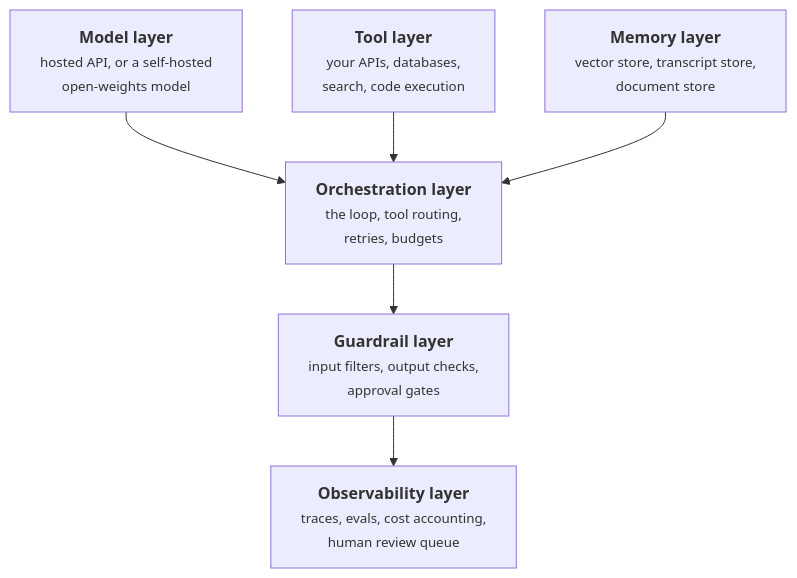
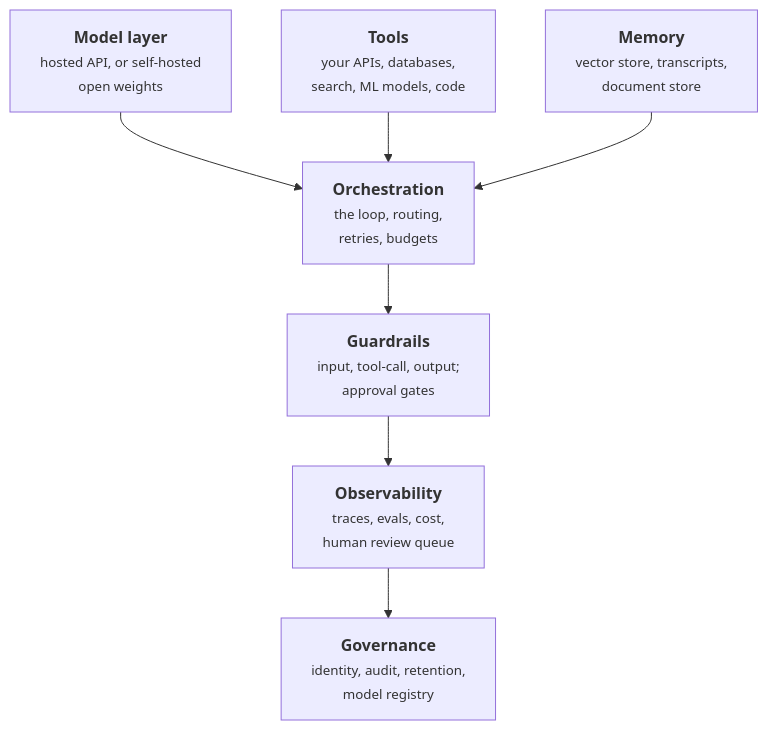
The diagram in figs/hendri-stack.mmd (situkangsayur/dnd-ai-products-services-pro-course-slides), drawn with Mermaid before and after one commit. The commit also changed 95 other files, not shown here.

```diff
--- a/figs/hendri-stack.mmd
+++ b/figs/hendri-stack.mmd
@@ -1,12 +1,13 @@
 
 flowchart TB
-  MOD["<b>Model layer</b><br/><small>hosted API, or a self-hosted<br/>open-weights model</small>"]
-  ORCH["<b>Orchestration layer</b><br/><small>the loop, tool routing,<br/>retries, budgets</small>"]
-  TOOLS["<b>Tool layer</b><br/><small>your APIs, databases,<br/>search, code execution</small>"]
-  MEM["<b>Memory layer</b><br/><small>vector store, transcript store,<br/>document store</small>"]
-  OBS["<b>Observability layer</b><br/><small>traces, evals, cost accounting,<br/>human review queue</small>"]
-  GUARD["<b>Guardrail layer</b><br/><small>input filters, output checks,<br/>approval gates</small>"]
+  MOD["<b>Model layer</b><br/><small>hosted API, or self-hosted<br/>open weights</small>"]
+  ORCH["<b>Orchestration</b><br/><small>the loop, routing,<br/>retries, budgets</small>"]
+  TOOLS["<b>Tools</b><br/><small>your APIs, databases,<br/>search, ML models, code</small>"]
+  MEM["<b>Memory</b><br/><small>vector store, transcripts,<br/>document store</small>"]
+  GUARD["<b>Guardrails</b><br/><small>input, tool-call, output;<br/>approval gates</small>"]
+  OBS["<b>Observability</b><br/><small>traces, evals, cost,<br/>human review queue</small>"]
+  GOV["<b>Governance</b><br/><small>identity, audit, retention,<br/>model registry</small>"]
   MOD --> ORCH
   TOOLS --> ORCH
   MEM --> ORCH
-  ORCH --> GUARD --> OBS
+  ORCH --> GUARD --> OBS --> GOV
```
